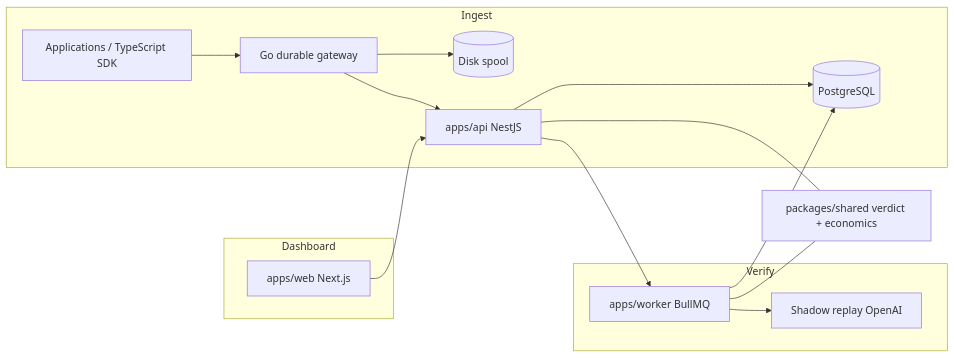
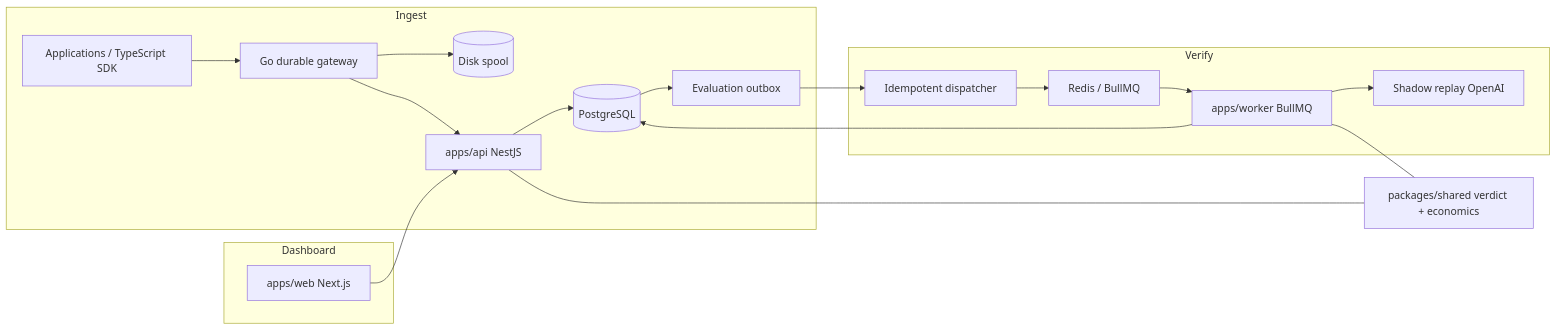
The diagram in README.md (ksarin10/sentinelAI), drawn with Mermaid before and after one commit. The commit also changed other lines of this file and 3 other files, not shown here.

````diff
--- a/README.md
+++ b/README.md
@@ -38,27 +39,30 @@
 ```mermaid
 flowchart LR
   subgraph ingest [Ingest]
     SDK[Applications / TypeScript SDK]
     GATEWAY[Go durable gateway]
     SPOOL[(Disk spool)]
     API[apps/api NestJS]
     PG[(PostgreSQL)]
     SDK --> GATEWAY
     GATEWAY --> SPOOL
     GATEWAY --> API --> PG
+    PG --> OUTBOX[Evaluation outbox]
   end
   subgraph verify [Verify]
+    OUTBOX --> DISPATCH[Idempotent dispatcher]
+    DISPATCH --> Q[Redis / BullMQ]
     W[apps/worker BullMQ]
     R[Shadow replay OpenAI]
-    API --> W
+    Q --> W
     W --> R
     W --> PG
   end
   subgraph ui [Dashboard]
     WEB[apps/web Next.js]
     WEB --> API
   end
   SHARED[packages/shared verdict + economics]
   API --- SHARED
   W --- SHARED
 ```
````
